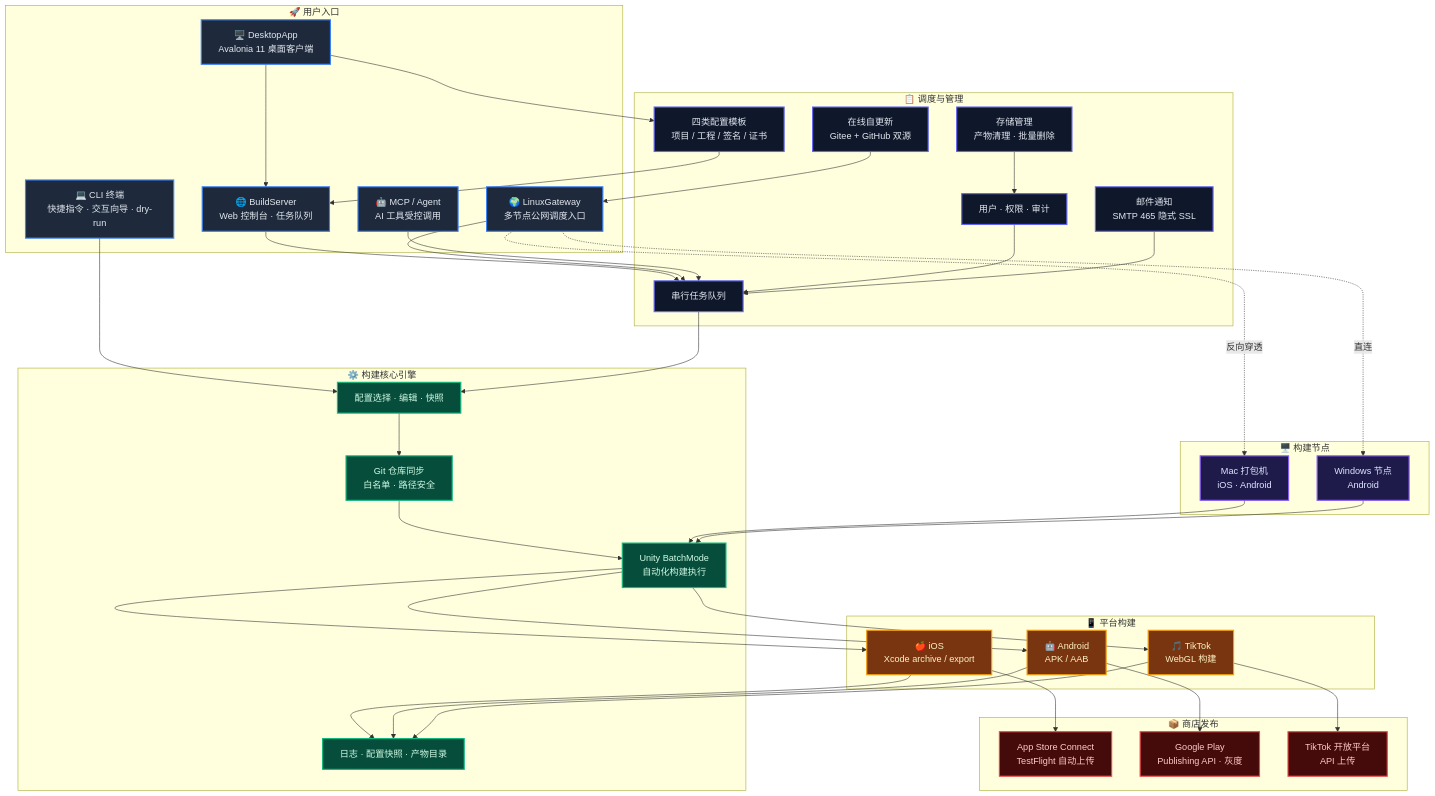
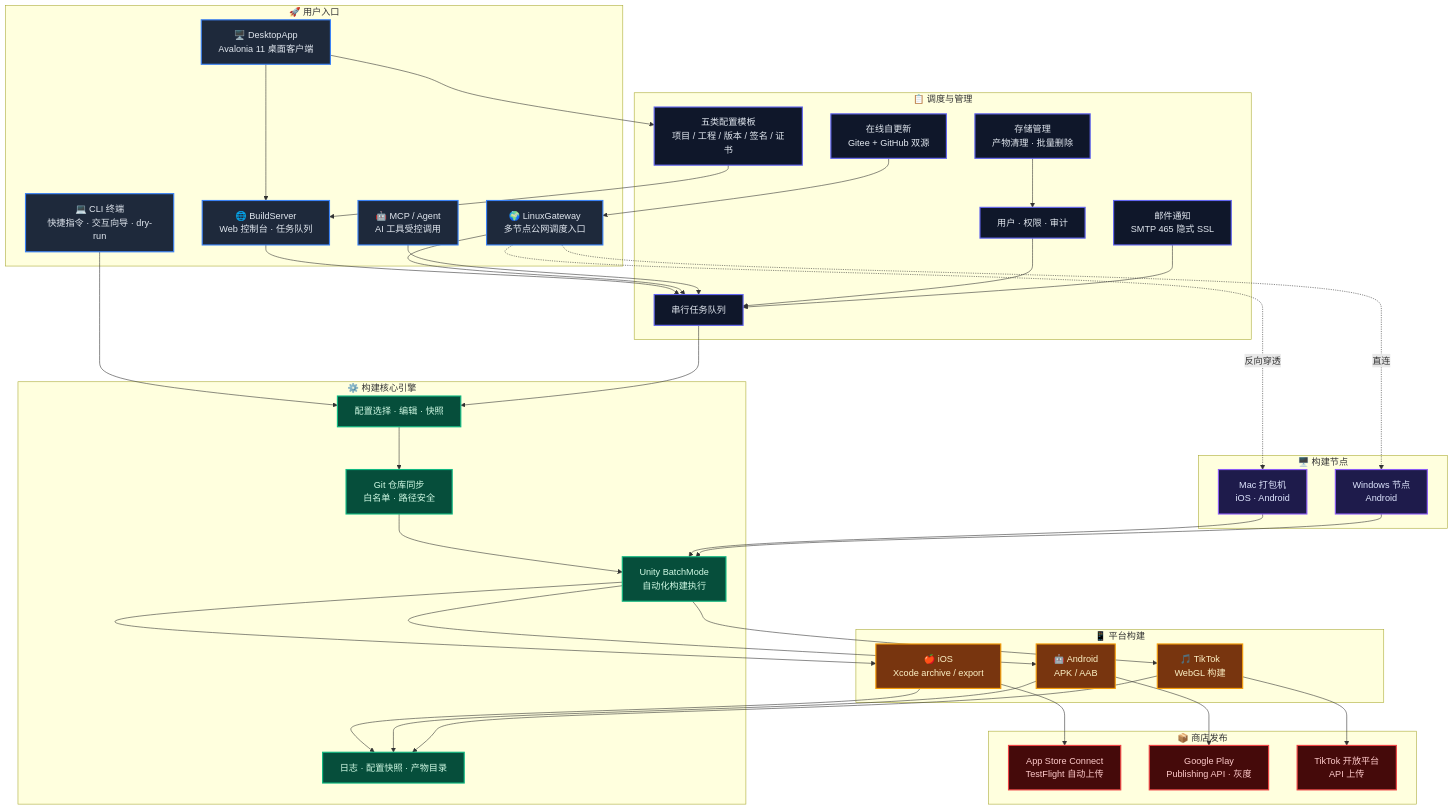
Before and after one commit to chenfengyimei/AutomationUnityBuild: the diagram in README.md, drawn with Mermaid. The commit also changed other lines of this file and 3 other files, not shown here.

First line of the commit message:
README 界面截图更新与内容完善

```diff
--- a/README.md
+++ b/README.md
@@ -149,7 +156,7 @@
         Auth["用户 · 权限 · 审计"]
         Email["邮件通知<br/>SMTP 465 隐式 SSL"]
         Storage["存储管理<br/>产物清理 · 批量删除"]
-        Templates["四类配置模板<br/>项目 / 工程 / 签名 / 证书"]
+        Templates["五类配置模板<br/>项目 / 工程 / 版本 / 签名 / 证书"]
         AutoUpdate["在线自更新<br/>Gitee + GitHub 双源"]
     end
 
```
